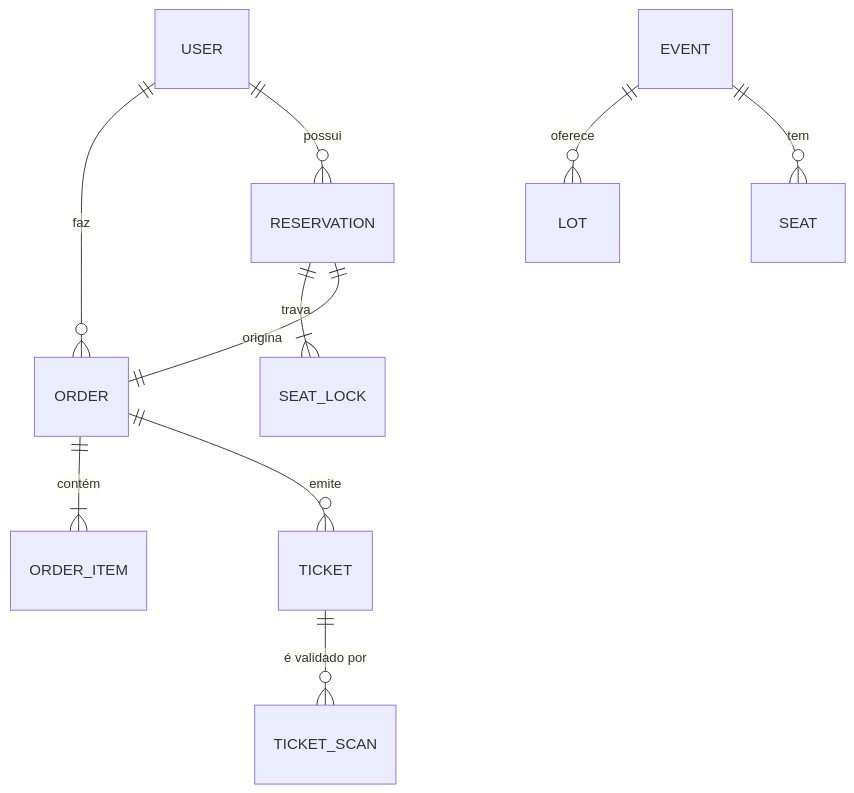
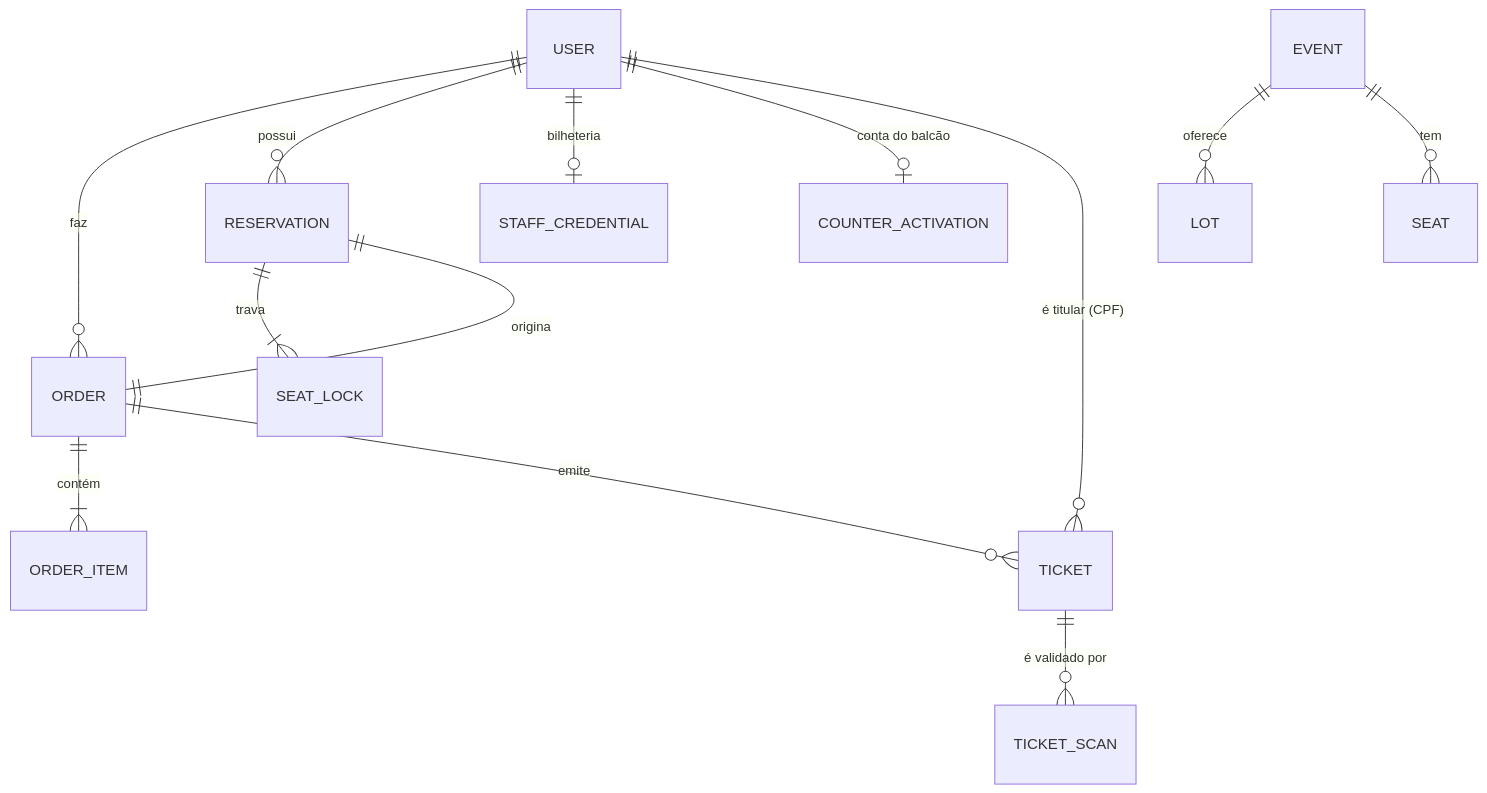
One commit to leofwingert/BolsoPass changed the diagram in Pacote 2 - Arquitetura e Infraestrutura/02 - Modelo de Dados Conceitual.md. Above: the diagram before and after it, drawn with Mermaid. The commit also changed other lines of this file and 5 other files, not shown here.

````diff
--- a/Pacote 2 - Arquitetura e Infraestrutura/02 - Modelo de Dados Conceitual.md
+++ b/Pacote 2 - Arquitetura e Infraestrutura/02 - Modelo de Dados Conceitual.md
@@ -140,12 +157,15 @@
 ```mermaid
 erDiagram
   USER ||--o{ ORDER : "faz"
   USER ||--o{ RESERVATION : "possui"
+  USER ||--o| STAFF_CREDENTIAL : "bilheteria"
+  USER ||--o| COUNTER_ACTIVATION : "conta do balcão"
+  USER ||--o{ TICKET : "é titular (CPF)"
   EVENT ||--o{ LOT : "oferece"
   EVENT ||--o{ SEAT : "tem"
   RESERVATION ||--|{ SEAT_LOCK : "trava"
   RESERVATION ||--|| ORDER : "origina"
   ORDER ||--|{ ORDER_ITEM : "contém"
   ORDER ||--o{ TICKET : "emite"
   TICKET ||--o{ TICKET_SCAN : "é validado por"
 ```
````
